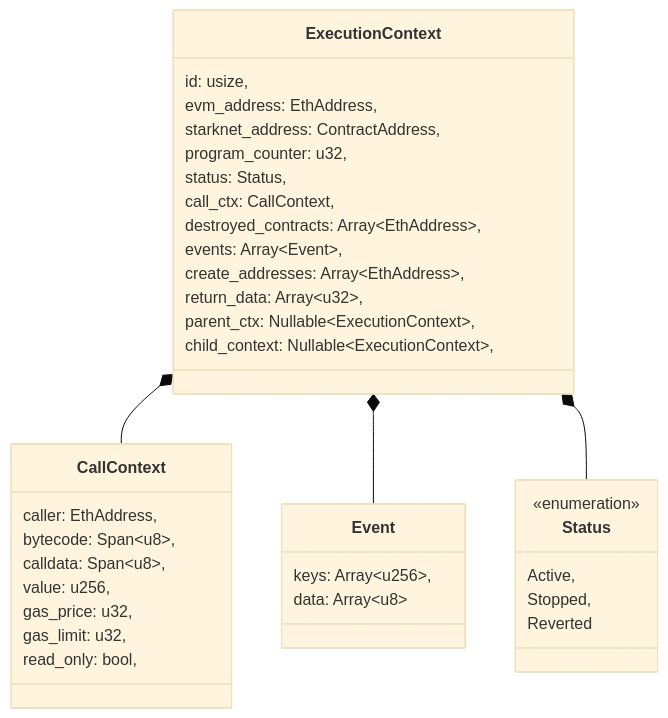
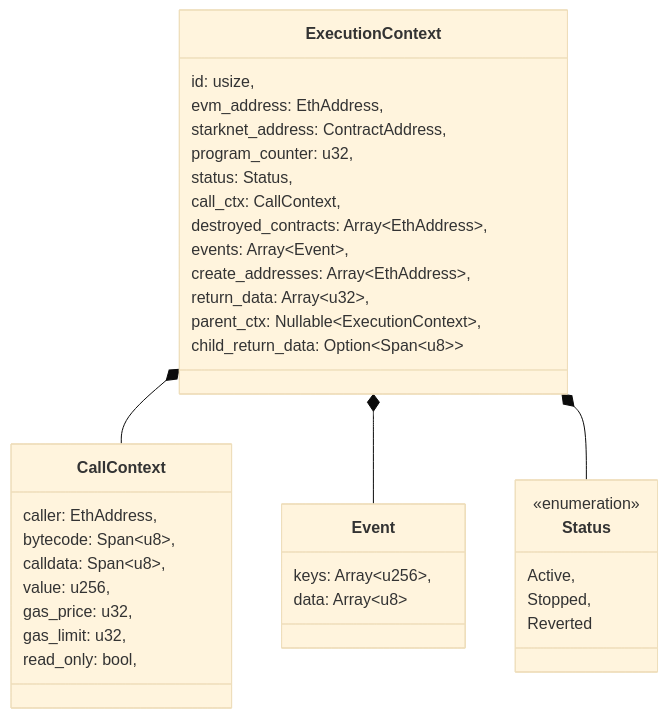
Before and after one commit to kkrt-labs/kakarot-ssj: the first of 2 diagrams in docs/general/execution_context.md, drawn with Mermaid (base theme). The commit also changed 1 other file, not shown here.

````diff
--- a/docs/general/execution_context.md
+++ b/docs/general/execution_context.md
@@ -16,43 +16,43 @@
 ```mermaid
 classDiagram
     class ExecutionContext{
         id: usize,
         evm_address: EthAddress,
         starknet_address: ContractAddress,
         program_counter: u32,
         status: Status,
         call_ctx: CallContext,
         destroyed_contracts: Array~EthAddress~,
         events: Array~Event~,
         create_addresses: Array~EthAddress~,
         return_data: Array~u32~,
         parent_ctx: Nullable~ExecutionContext~,
-        child_context: Nullable~ExecutionContext~,
+        child_return_data: Option~Span~u8~~
     }
 
     class CallContext{
         caller: EthAddress,
         bytecode: Span~u8~,
         calldata: Span~u8~,
         value: u256,
         gas_price: u32,
         gas_limit: u32,
         read_only: bool,
     }
 
     class Event{
         keys: Array~u256~,
         data: Array~u8~
     }
 
     class Status{
     <<enumeration>>
       Active,
       Stopped,
       Reverted
     }
 
     ExecutionContext *-- CallContext
     ExecutionContext *-- Event
     ExecutionContext *-- Status
 ```
````
